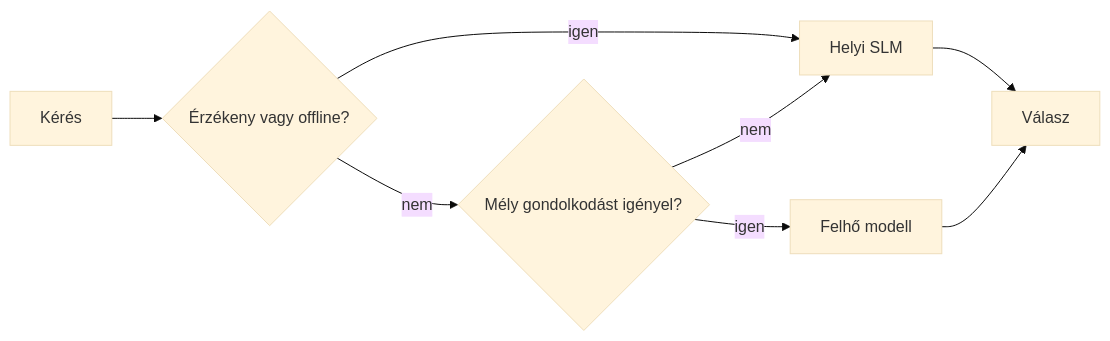
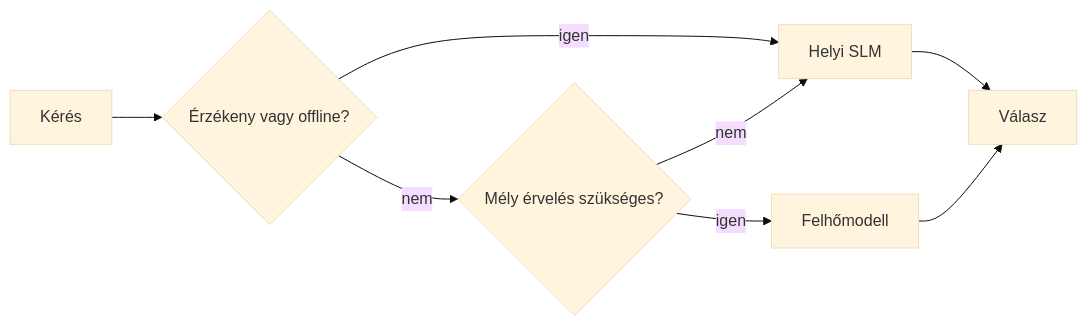
One commit to microsoft/ai-agents-for-beginners changed the fourth of 4 diagrams in translations/hu/17-creating-local-ai-agents/README.md. Above: the diagram before and after it, drawn with Mermaid (base theme). The commit also changed other lines of this file and 47 other files, not shown here.

````diff
--- a/translations/hu/17-creating-local-ai-agents/README.md
+++ b/translations/hu/17-creating-local-ai-agents/README.md
@@ -156,10 +156,10 @@
 ```mermaid
 flowchart LR
     Q[Kérés] --> S{Érzékeny vagy offline?}
     S -->|igen| L[Helyi SLM]
-    S -->|nem| C{Mély gondolkodást igényel?}
+    S -->|nem| C{Mély érvelés szükséges?}
     C -->|nem| L
-    C -->|igen| Cloud[Felhő modell]
+    C -->|igen| Cloud[Felhőmodell]
     L --> Out[Válasz]
     Cloud --> Out
 ```
````
